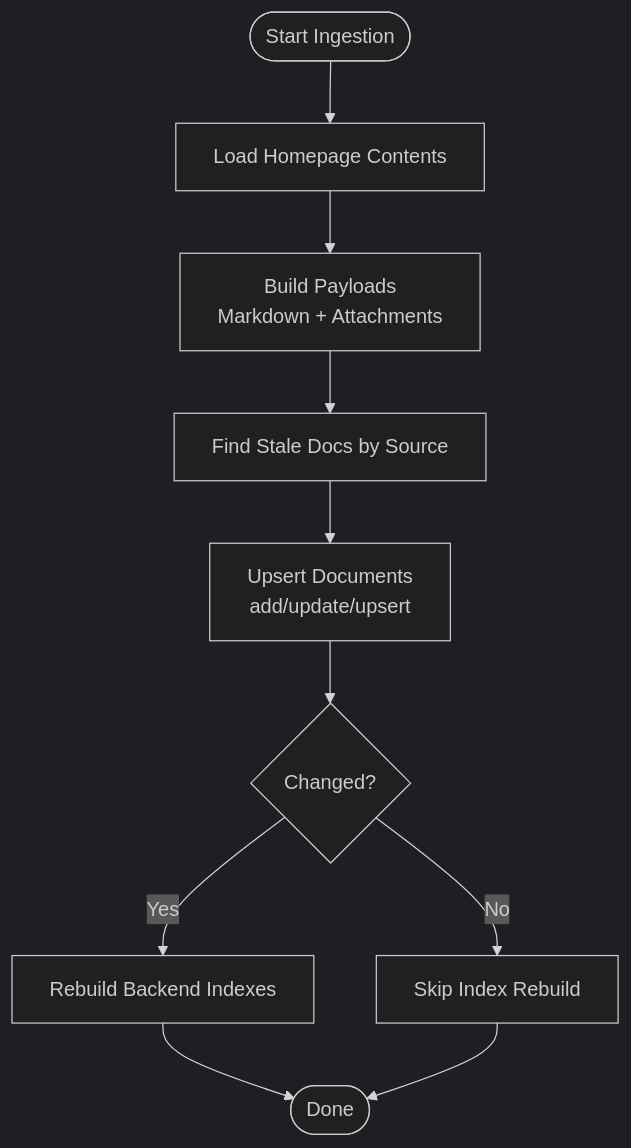
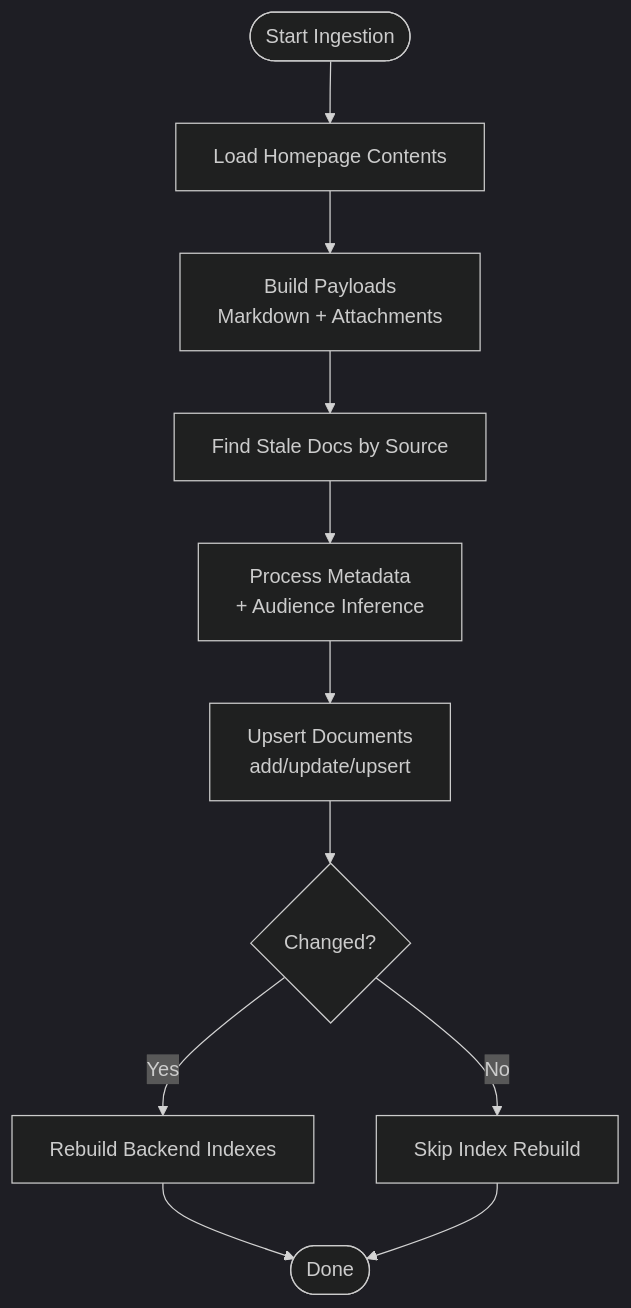
One commit to intellistream/sage-mate changed the fifth of 9 diagrams in .qoder/repowiki/en/content/Knowledge Management/Knowledge Management.md. Above: the diagram before and after it, drawn with Mermaid (dark theme). The commit also changed other lines of this file and 121 other files, not shown here.

````diff
--- a/.qoder/repowiki/en/content/Knowledge Management/Knowledge Management.md
+++ b/.qoder/repowiki/en/content/Knowledge Management/Knowledge Management.md
@@ -189,12 +284,13 @@
 ```mermaid
 flowchart TD
 Start(["Start Ingestion"]) --> Load["Load Homepage Contents"]
 Load --> BuildPayloads["Build Payloads<br/>Markdown + Attachments"]
 BuildPayloads --> Dedup["Find Stale Docs by Source"]
-Dedup --> Upsert["Upsert Documents<br/>add/update/upsert"]
+Dedup --> ProcessMetadata["Process Metadata<br/>+ Audience Inference"]
+ProcessMetadata --> Upsert["Upsert Documents<br/>add/update/upsert"]
 Upsert --> Rebuild{"Changed?"}
 Rebuild --> |Yes| Index["Rebuild Backend Indexes"]
 Rebuild --> |No| Skip["Skip Index Rebuild"]
 Index --> End(["Done"])
 Skip --> End
 ```
````
